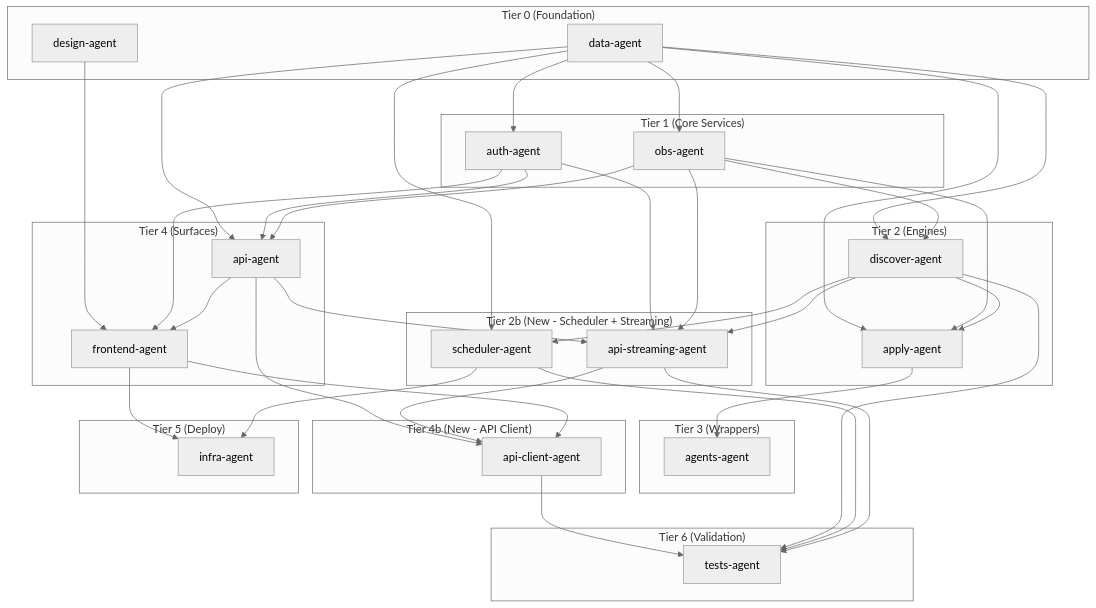
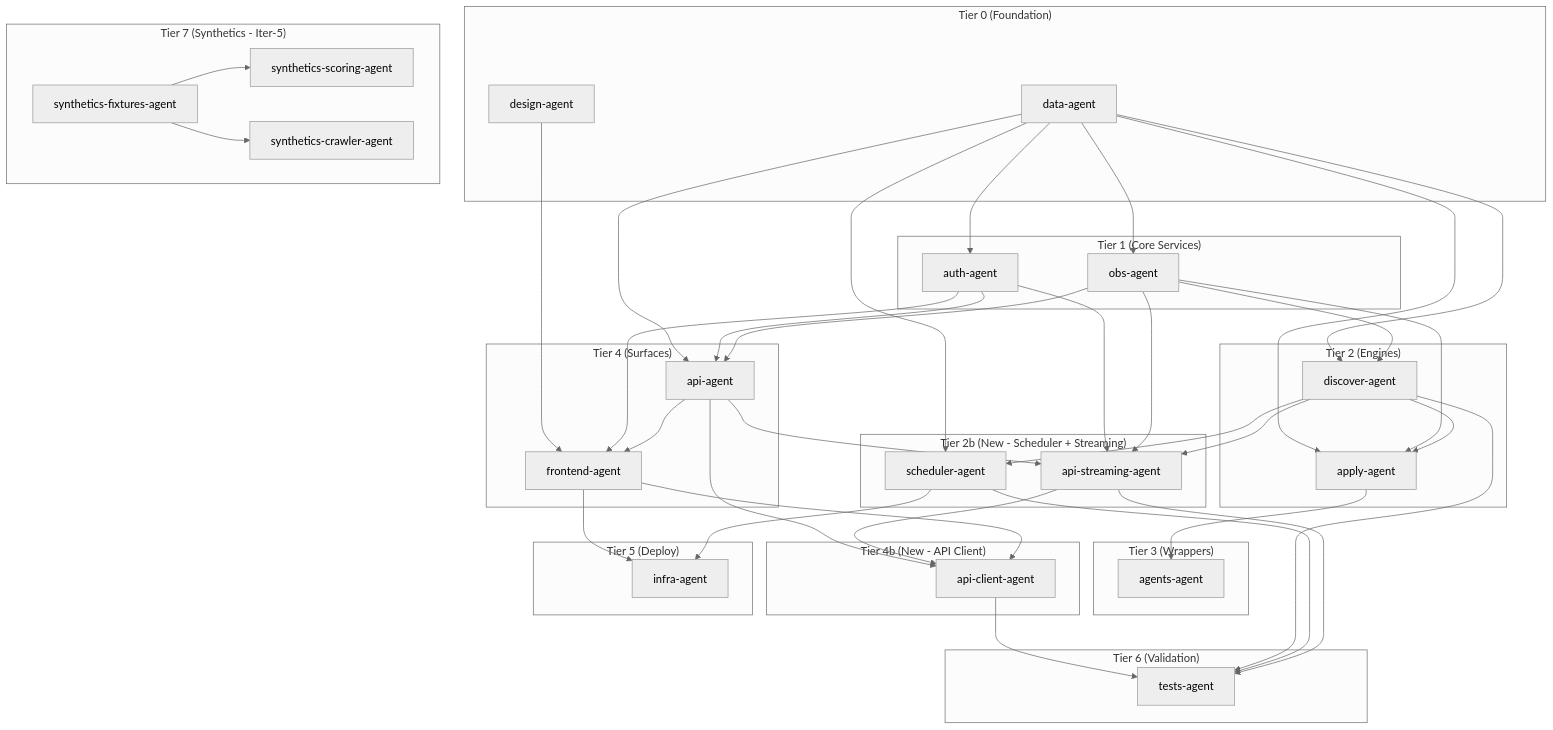
The diagram in CELLULAR-MAP.md (spy-sauce/creation-station), drawn with Mermaid (neutral theme) before and after one commit. The commit also changed other lines of this file and 17 other files, not shown here.

````diff
--- a/CELLULAR-MAP.md
+++ b/CELLULAR-MAP.md
@@ -279,6 +311,12 @@
         TESTS[tests-agent]
     end
 
+    subgraph "Tier 7 (Synthetics - Iter-5)"
+        SYNTHFIXTURES[synthetics-fixtures-agent]
+        SYNTHSCORING[synthetics-scoring-agent]
+        SYNTHCRAWLER[synthetics-crawler-agent]
+    end
+
     DATA --> AUTH
     DATA --> OBS
     DATA --> DISCOVER
@@ -319,4 +357,8 @@
     DISCOVER --> TESTS
     SCHEDULER --> TESTS
     STREAMING --> TESTS
+
+    %% Iter-5 synthetics dependencies
+    SYNTHFIXTURES --> SYNTHSCORING
+    SYNTHFIXTURES --> SYNTHCRAWLER
 ```
````
